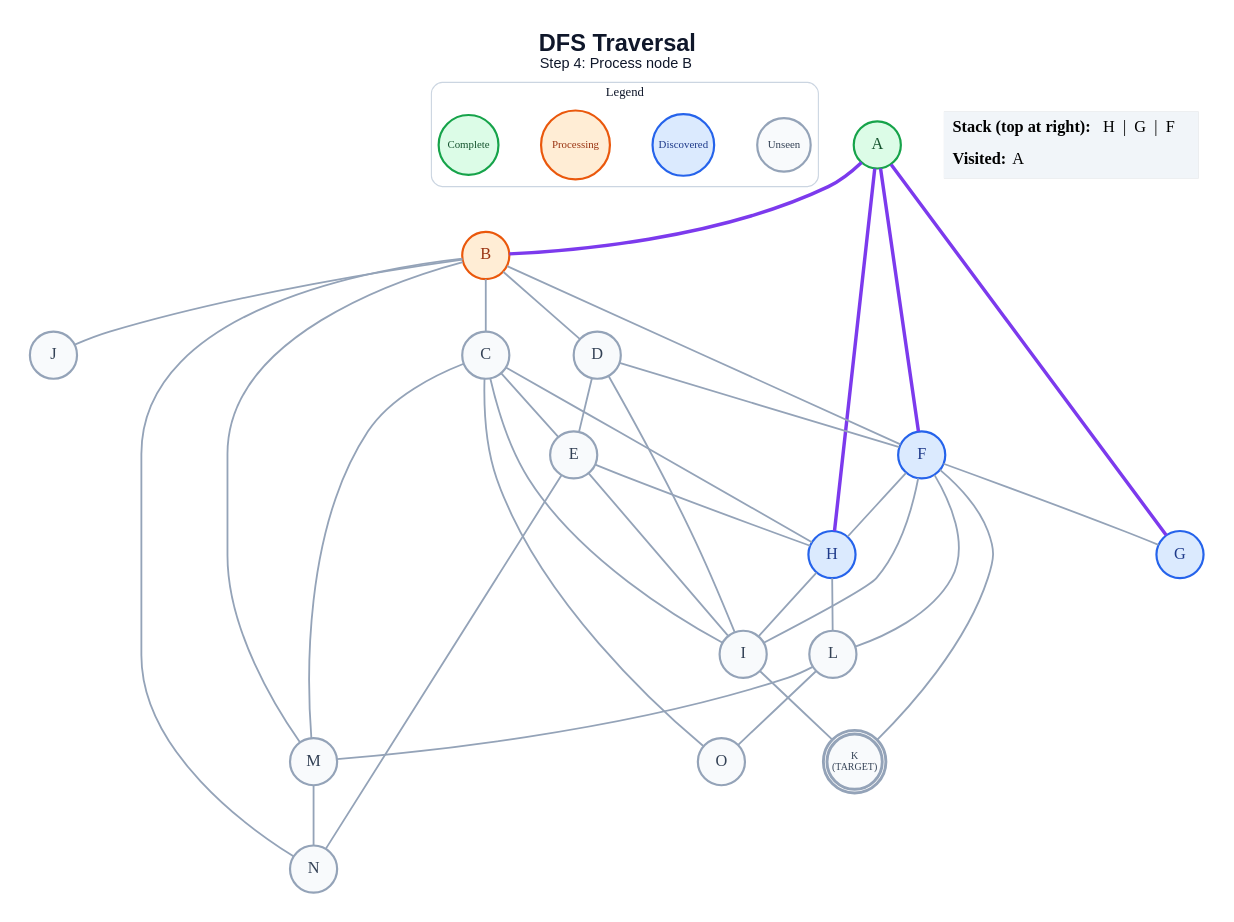
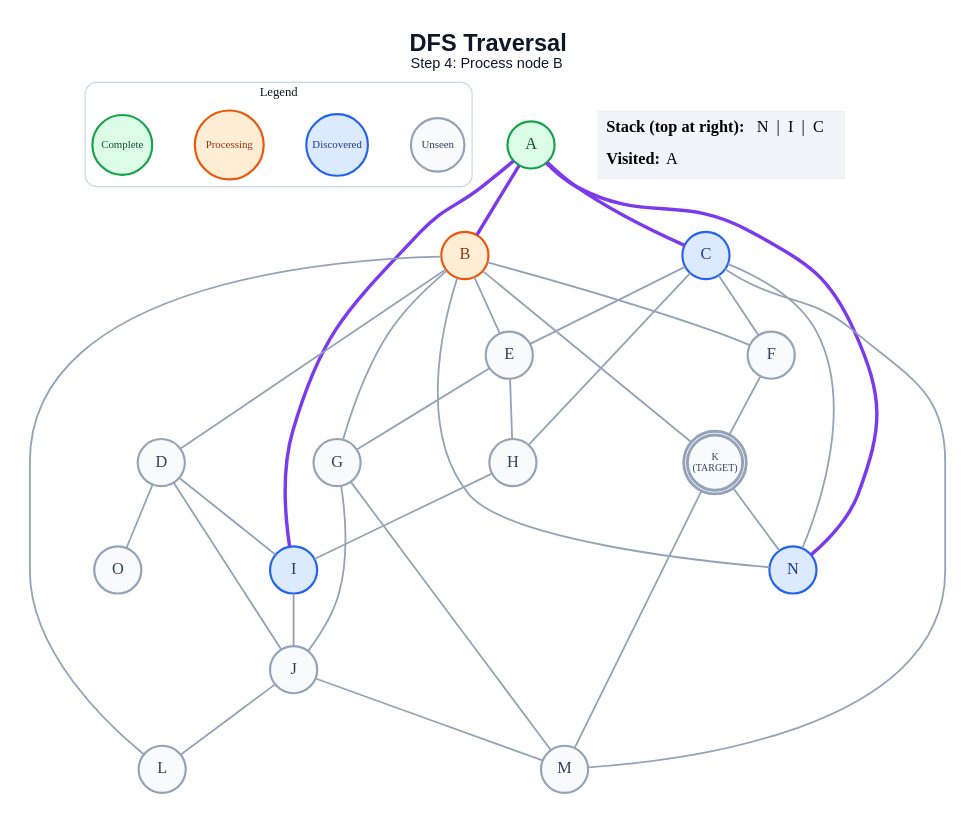
Before and after one commit to anon7238593-create/ai-slop: the diagram in generated/dfs/step_04.dot, drawn with Graphviz. The commit also changed 257 other files, not shown here.

```diff
--- a/generated/dfs/step_04.dot
+++ b/generated/dfs/step_04.dot
@@ -1,66 +1,64 @@
 graph traversal {
   graph [layout=dot, rankdir=TB, bgcolor="#FFFFFF", pad="0.35", nodesep="0.65", ranksep="0.8", fontname="Arial"];
   node [shape=circle, style="filled", fontname="Arial Bold", fontsize=18, width=0.72, fixedsize=true, penwidth=2.4];
   edge [color="#94A3B8", penwidth=2.0];
   label=<<B>DFS Traversal</B><BR/><FONT POINT-SIZE="16">Step 4: Process node B</FONT>>; labelloc="t"; fontsize=26; fontname="Arial"; fontcolor="#0F172A";
   subgraph cluster_legend { label="Legend"; color="#CBD5E1"; penwidth=1.2; style="rounded"; fontsize=14; fontname="Arial Bold";
     key_unseen [label="Unseen", fillcolor="#F8FAFC", color="#94A3B8", fontcolor="#334155", fontsize=12, width=0.82];
     key_frontier [label="Discovered", fillcolor="#DBEAFE", color="#2563EB", fontcolor="#1E3A8A", fontsize=12, width=0.95];
     key_current [label="Processing", fillcolor="#FFEDD5", color="#EA580C", fontcolor="#9A3412", fontsize=12, width=1.05];
     key_done [label="Complete", fillcolor="#DCFCE7", color="#16A34A", fontcolor="#14532D", fontsize=12, width=0.92];
     { rank=same; key_unseen; key_frontier; key_current; key_done; }
   }
   A [label="A", fillcolor="#DCFCE7", color="#16A34A", fontcolor="#14532D", peripheries=1, penwidth=2.4];
   B [label="B", fillcolor="#FFEDD5", color="#EA580C", fontcolor="#9A3412", peripheries=1, penwidth=2.4];
-  C [label="C", fillcolor="#F8FAFC", color="#94A3B8", fontcolor="#334155", peripheries=1, penwidth=2.4];
+  C [label="C", fillcolor="#DBEAFE", color="#2563EB", fontcolor="#1E3A8A", peripheries=1, penwidth=2.4];
   D [label="D", fillcolor="#F8FAFC", color="#94A3B8", fontcolor="#334155", peripheries=1, penwidth=2.4];
   E [label="E", fillcolor="#F8FAFC", color="#94A3B8", fontcolor="#334155", peripheries=1, penwidth=2.4];
-  F [label="F", fillcolor="#DBEAFE", color="#2563EB", fontcolor="#1E3A8A", peripheries=1, penwidth=2.4];
-  G [label="G", fillcolor="#DBEAFE", color="#2563EB", fontcolor="#1E3A8A", peripheries=1, penwidth=2.4];
-  H [label="H", fillcolor="#DBEAFE", color="#2563EB", fontcolor="#1E3A8A", peripheries=1, penwidth=2.4];
-  I [label="I", fillcolor="#F8FAFC", color="#94A3B8", fontcolor="#334155", peripheries=1, penwidth=2.4];
+  F [label="F", fillcolor="#F8FAFC", color="#94A3B8", fontcolor="#334155", peripheries=1, penwidth=2.4];
+  G [label="G", fillcolor="#F8FAFC", color="#94A3B8", fontcolor="#334155", peripheries=1, penwidth=2.4];
+  H [label="H", fillcolor="#F8FAFC", color="#94A3B8", fontcolor="#334155", peripheries=1, penwidth=2.4];
+  I [label="I", fillcolor="#DBEAFE", color="#2563EB", fontcolor="#1E3A8A", peripheries=1, penwidth=2.4];
   J [label="J", fillcolor="#F8FAFC", color="#94A3B8", fontcolor="#334155", peripheries=1, penwidth=2.4];
   K [label="K\n(TARGET)", fillcolor="#F8FAFC", color="#94A3B8", fontcolor="#334155", peripheries=2, penwidth=3.2, fontsize=11, width=0.85, height=0.85];
   L [label="L", fillcolor="#F8FAFC", color="#94A3B8", fontcolor="#334155", peripheries=1, penwidth=2.4];
   M [label="M", fillcolor="#F8FAFC", color="#94A3B8", fontcolor="#334155", peripheries=1, penwidth=2.4];
-  N [label="N", fillcolor="#F8FAFC", color="#94A3B8", fontcolor="#334155", peripheries=1, penwidth=2.4];
+  N [label="N", fillcolor="#DBEAFE", color="#2563EB", fontcolor="#1E3A8A", peripheries=1, penwidth=2.4];
   O [label="O", fillcolor="#F8FAFC", color="#94A3B8", fontcolor="#334155", peripheries=1, penwidth=2.4];
   A -- B [color="#7C3AED", penwidth=3.8];
-  A -- F [color="#7C3AED", penwidth=3.8];
-  A -- G [color="#7C3AED", penwidth=3.8];
-  A -- H [color="#7C3AED", penwidth=3.8];
-  B -- C;
+  A -- C [color="#7C3AED", penwidth=3.8];
+  A -- I [color="#7C3AED", penwidth=3.8];
+  A -- N [color="#7C3AED", penwidth=3.8];
   B -- D;
+  B -- E;
   B -- F;
-  B -- J;
-  B -- M;
+  B -- G;
+  B -- K;
+  B -- L;
   B -- N;
   C -- E;
+  C -- F;
   C -- H;
-  C -- I;
   C -- M;
-  C -- O;
-  D -- E;
-  D -- F;
+  C -- N;
   D -- I;
+  D -- J;
+  D -- O;
+  E -- G;
   E -- H;
-  E -- I;
-  E -- N;
-  F -- G;
-  F -- H;
-  F -- I;
   F -- K;
-  F -- L;
+  G -- J;
+  G -- M;
   H -- I;
-  H -- L;
-  I -- K;
-  L -- M;
-  L -- O;
-  M -- N;
+  I -- J;
+  J -- L;
+  J -- M;
+  K -- M;
+  K -- N;
   status [shape=plain, fixedsize=false, width=0, height=0, margin=0, label=<
     <TABLE BORDER="0" CELLBORDER="0" CELLPADDING="7" BGCOLOR="#F1F5F9">
-      <TR><TD ALIGN="LEFT"><B>Stack (top at right):</B> H  |  G  |  F</TD></TR>
+      <TR><TD ALIGN="LEFT"><B>Stack (top at right):</B> N  |  I  |  C</TD></TR>
       <TR><TD ALIGN="LEFT"><B>Visited:</B> A</TD></TR>
     </TABLE>
   >];
 }
```
